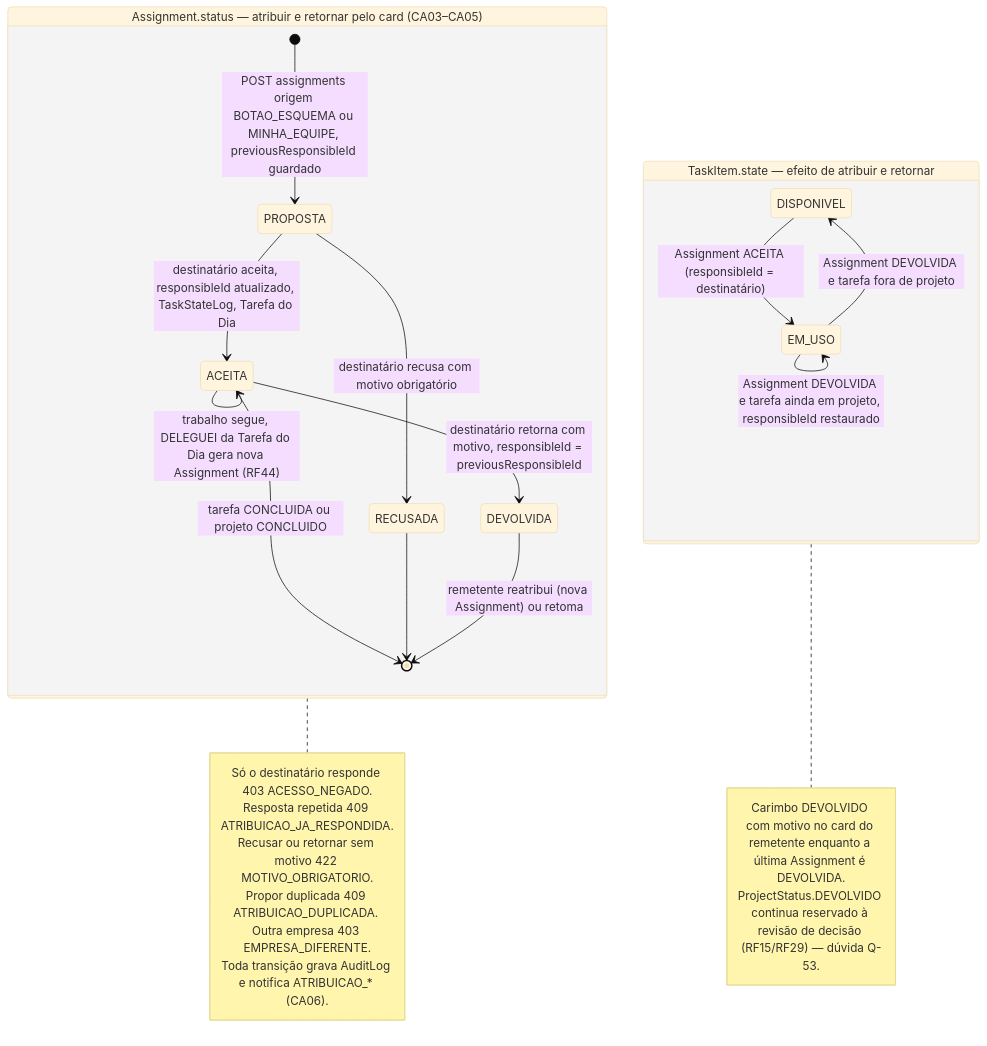
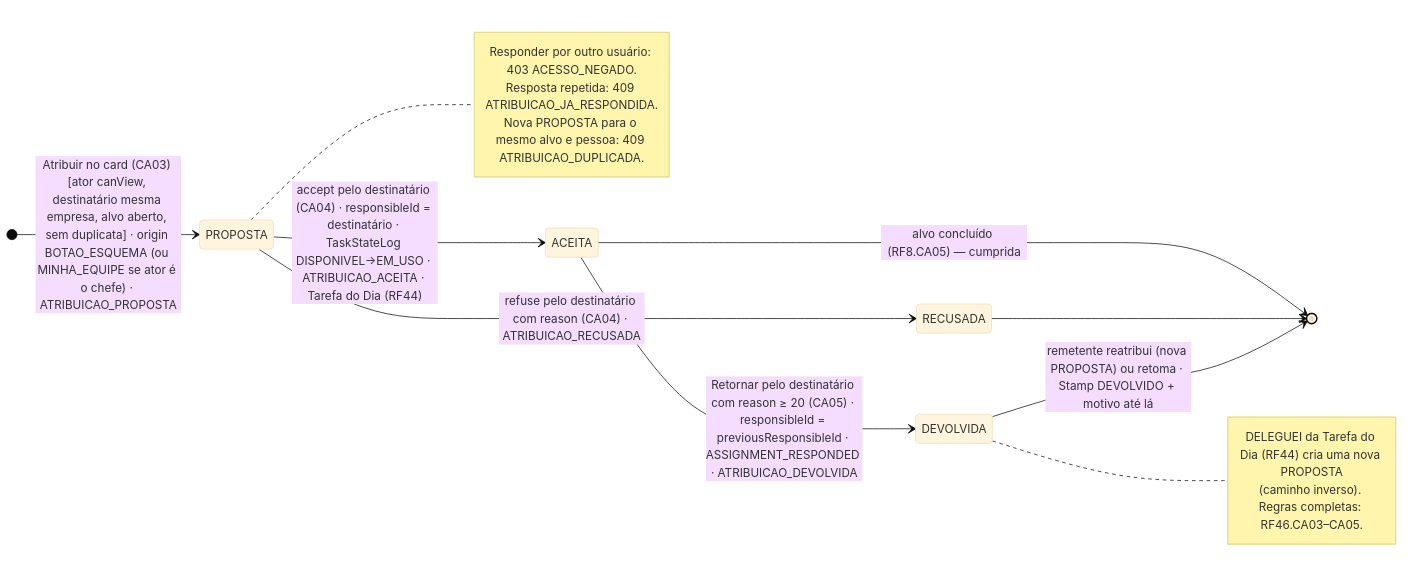
One commit to MatheusHaliski/Decia-app-2026 changed the fourth of 5 diagrams in docs/diagramas/RF18/README.md. Above: the diagram before and after it, drawn with Mermaid (base theme). The commit also changed other lines of this file and 4 other files, not shown here.

First line of the commit message:
docs(diagramas): reescreve RF16–RF20 (perfil de terceiros, Buscar, interações sociais, adequação do acervo)

````diff
--- a/docs/diagramas/RF18/README.md
+++ b/docs/diagramas/RF18/README.md
@@ -542,29 +446,25 @@
 ```mermaid
 stateDiagram-v2
-  state "Assignment.status — atribuir e retornar pelo card (CA03–CA05)" as AS {
-    [*] --> PROPOSTA : POST assignments origem BOTAO_ESQUEMA ou MINHA_EQUIPE, previousResponsibleId guardado
-    PROPOSTA --> ACEITA : destinatário aceita, responsibleId atualizado, TaskStateLog, Tarefa do Dia
-    PROPOSTA --> RECUSADA : destinatário recusa com motivo obrigatório
-    ACEITA --> DEVOLVIDA : destinatário retorna com motivo, responsibleId = previousResponsibleId
-    ACEITA --> ACEITA : trabalho segue, DELEGUEI da Tarefa do Dia gera nova Assignment (RF44)
-    ACEITA --> [*] : tarefa CONCLUIDA ou projeto CONCLUIDO
-    RECUSADA --> [*]
-    DEVOLVIDA --> [*] : remetente reatribui (nova Assignment) ou retoma
-  }
-  state "TaskItem.state — efeito de atribuir e retornar" as TS {
-    DISPONIVEL --> EM_USO : Assignment ACEITA (responsibleId = destinatário)
-    EM_USO --> EM_USO : Assignment DEVOLVIDA e tarefa ainda em projeto, responsibleId restaurado
-    EM_USO --> DISPONIVEL : Assignment DEVOLVIDA e tarefa fora de projeto
-  }
-  note right of AS
-    Só o destinatário responde 403 ACESSO_NEGADO.
-    Resposta repetida 409 ATRIBUICAO_JA_RESPONDIDA.
-    Recusar ou retornar sem motivo 422 MOTIVO_OBRIGATORIO.
-    Propor duplicada 409 ATRIBUICAO_DUPLICADA. Outra empresa 403 EMPRESA_DIFERENTE.
-    Toda transição grava AuditLog e notifica ATRIBUICAO_* (CA06).
+  direction LR
+  state "PROPOSTA" as PROP
+  state "ACEITA" as ACE
+  state "RECUSADA" as REC
+  state "DEVOLVIDA" as DEV
+
+  [*] --> PROP : Atribuir no card (CA03) [ator canView, destinatário mesma empresa, alvo aberto, sem duplicata] · origin BOTAO_ESQUEMA (ou MINHA_EQUIPE se ator é o chefe) · ATRIBUICAO_PROPOSTA
+  PROP --> ACE : accept pelo destinatário (CA04) · responsibleId = destinatário · TaskStateLog DISPONIVEL→EM_USO · ATRIBUICAO_ACEITA · Tarefa do Dia (RF44)
+  PROP --> REC : refuse pelo destinatário com reason (CA04) · ATRIBUICAO_RECUSADA
+  ACE --> DEV : Retornar pelo destinatário com reason ≥ 20 (CA05) · responsibleId = previousResponsibleId · ASSIGNMENT_RESPONDED · ATRIBUICAO_DEVOLVIDA
+  ACE --> [*] : alvo concluído (RF8.CA05) — cumprida
+  REC --> [*]
+  DEV --> [*] : remetente reatribui (nova PROPOSTA) ou retoma · Stamp DEVOLVIDO + motivo até lá
+  note right of PROP
+    Responder por outro usuário: 403 ACESSO_NEGADO.
+    Resposta repetida: 409 ATRIBUICAO_JA_RESPONDIDA.
+    Nova PROPOSTA para o mesmo alvo e pessoa: 409 ATRIBUICAO_DUPLICADA.
   end note
-  note right of TS
-    Carimbo DEVOLVIDO com motivo no card do remetente enquanto a última Assignment é DEVOLVIDA.
-    ProjectStatus.DEVOLVIDO continua reservado à revisão de decisão (RF15/RF29) — dúvida Q-53.
+  note right of DEV
+    DELEGUEI da Tarefa do Dia (RF44) cria uma nova PROPOSTA
+    (caminho inverso). Regras completas: RF46.CA03–CA05.
   end note
 ```
````
